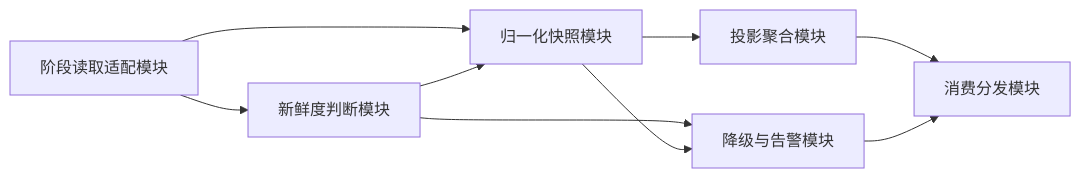
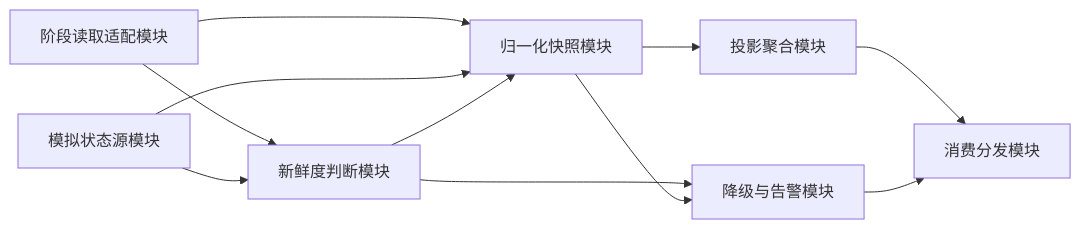
The second of 4 diagrams in DOC/CODEX_DOC/02_设计说明/P6_门户与平台入口/P6.2-跨阶段只读集成与状态投影设计.md (wgwtest/CodeFactoryV2), drawn with Mermaid before and after one commit. The commit also changed other lines of this file and 6 other files, not shown here.

````diff
--- a/DOC/CODEX_DOC/02_设计说明/P6_门户与平台入口/P6.2-跨阶段只读集成与状态投影设计.md
+++ b/DOC/CODEX_DOC/02_设计说明/P6_门户与平台入口/P6.2-跨阶段只读集成与状态投影设计.md
@@ -346,11 +396,13 @@
 ```mermaid
 flowchart LR
     A["阶段读取适配模块"] --> B["新鲜度判断模块"]
     A --> C["归一化快照模块"]
+    A2["模拟状态源模块"] --> B
+    A2 --> C
     B --> C
     C --> D["投影聚合模块"]
     B --> E["降级与告警模块"]
     C --> E
     D --> F["消费分发模块"]
     E --> F
 ```
````
